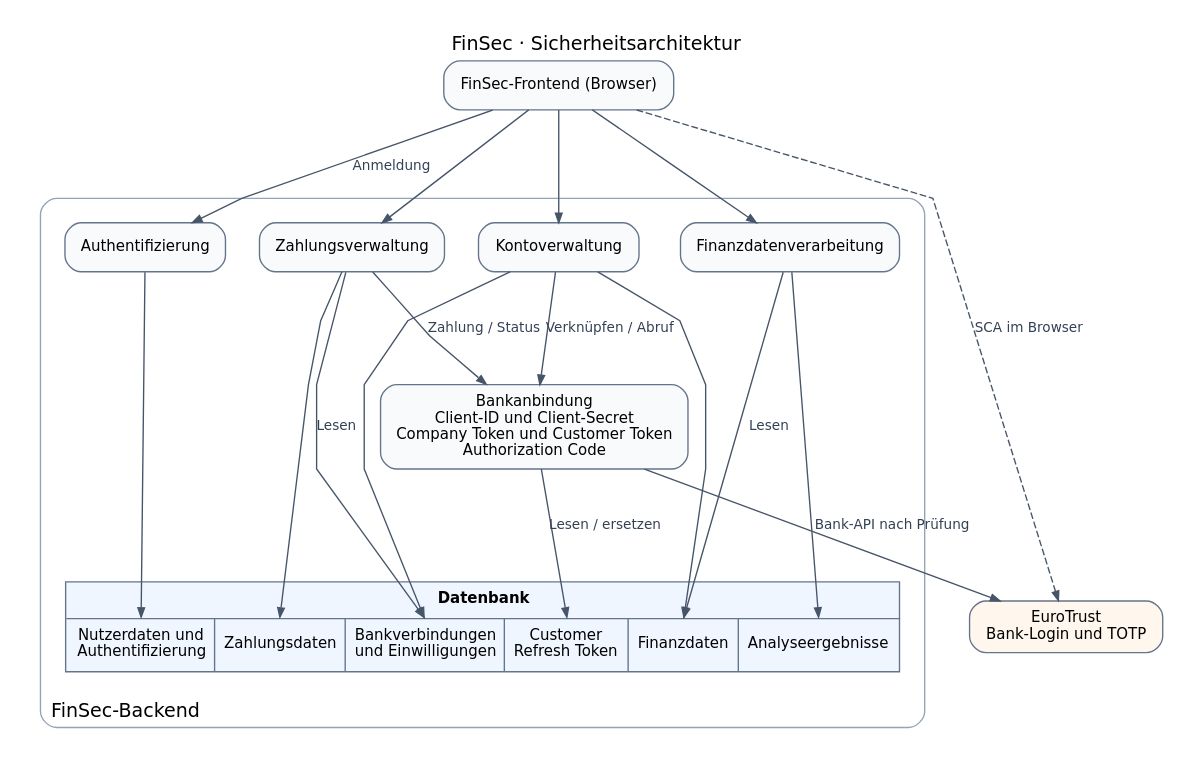
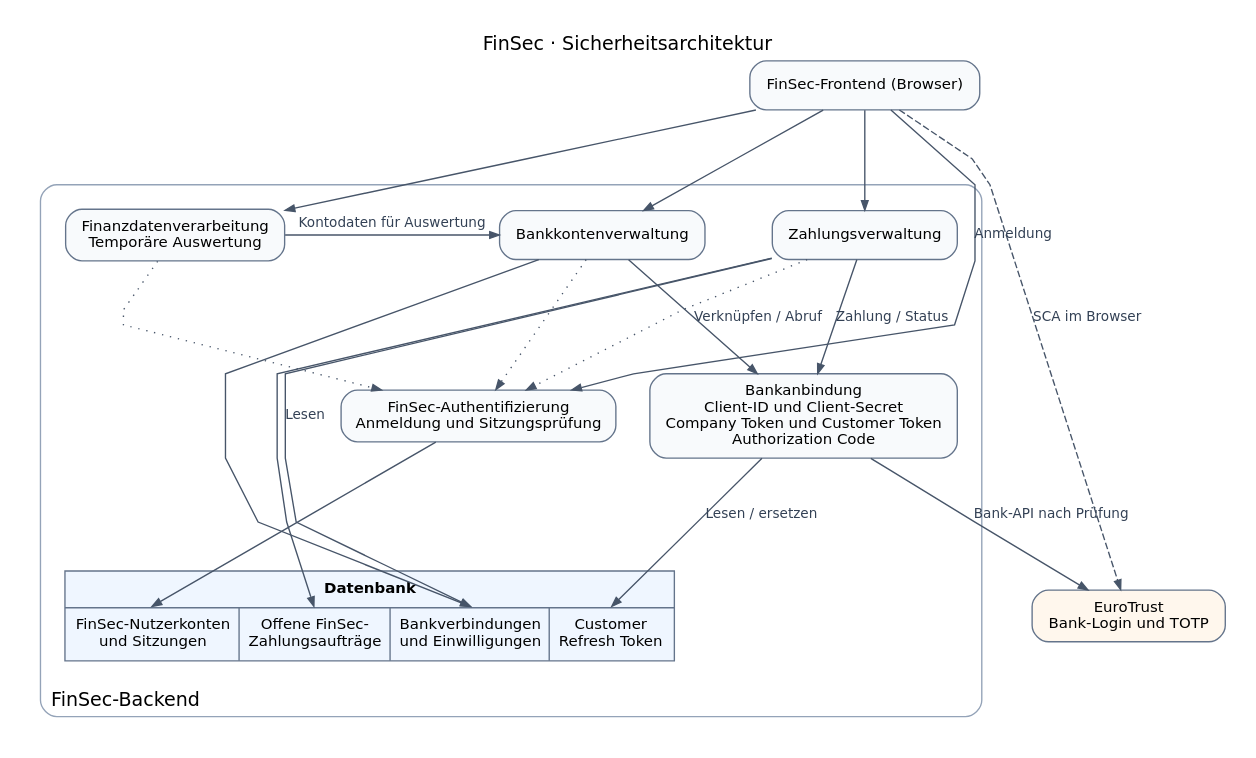
Before and after one commit to niklas9234/sichso_work: the diagram in docs/diagramme/3.1-security-architecture.dot, drawn with Graphviz. The commit also changed 6 other files, not shown here.

```diff
--- a/docs/diagramme/3.1-security-architecture.dot
+++ b/docs/diagramme/3.1-security-architecture.dot
@@ -1,60 +1,61 @@
 digraph Security {
     graph [rankdir=TB, splines=polyline, bgcolor="white", pad=0.2, nodesep=0.35, ranksep=1.0,
            fontname="DejaVu Sans", label="FinSec · Sicherheitsarchitektur", labelloc=t]
     node [shape=box, style="rounded,filled", fillcolor="#f8fafc", color="#64748b",
           fontname="DejaVu Sans", fontsize=11, margin="0.16,0.10"]
     edge [color="#475569", fontcolor="#334155", fontname="DejaVu Sans", fontsize=10, arrowsize=0.7]
 
     frontend [label="FinSec-Frontend (Browser)"]
     bank [label="EuroTrust\nBank-Login und TOTP", fillcolor="#fff7ed"]
 
     subgraph cluster_backend {
         label="FinSec-Backend"
         labelloc=b
         labeljust=l
         color="#94a3b8"
         style=rounded
         margin=18
 
-        auth [label="Authentifizierung"]
-        accounts [label="Kontoverwaltung"]
+        auth [label="FinSec-Authentifizierung\nAnmeldung und Sitzungsprüfung"]
+        accounts [label="Bankkontenverwaltung"]
         payments [label="Zahlungsverwaltung"]
-        analysis [label="Finanzdatenverarbeitung"]
+        analysis [label="Finanzdatenverarbeitung\nTemporäre Auswertung"]
         adapter [label="Bankanbindung\nClient-ID und Client-Secret\nCompany Token und Customer Token\nAuthorization Code"]
 
         database [shape=plain, label=<
             <TABLE BORDER="1" CELLBORDER="0" CELLSPACING="0" CELLPADDING="7" COLOR="#64748b" BGCOLOR="#eff6ff">
-                <TR><TD COLSPAN="6"><B>Datenbank</B></TD></TR>
+                <TR><TD COLSPAN="4"><B>Datenbank</B></TD></TR>
                 <HR/>
                 <TR>
-                    <TD PORT="login">Nutzerdaten und<BR/>Authentifizierung</TD><VR/>
-                    <TD PORT="orders">Zahlungsdaten</TD><VR/>
+                    <TD PORT="login">FinSec-Nutzerkonten<BR/>und Sitzungen</TD><VR/>
+                    <TD PORT="orders">Offene FinSec-<BR/>Zahlungsaufträge</TD><VR/>
                     <TD PORT="consents">Bankverbindungen<BR/>und Einwilligungen</TD><VR/>
-                    <TD PORT="refresh">Customer<BR/>Refresh Token</TD><VR/>
-                    <TD PORT="finance">Finanzdaten</TD><VR/>
-                    <TD PORT="results">Analyseergebnisse</TD>
+                    <TD PORT="refresh">Customer<BR/>Refresh Token</TD>
                 </TR>
             </TABLE>
         >]
 
-        {rank=same; auth; accounts; payments; analysis}
+        {rank=same; accounts; payments; analysis}
+        accounts -> payments [style=invis, weight=10]
+
+        accounts -> auth [style=dotted, constraint=false]
+        payments -> auth [style=dotted, constraint=false]
+        analysis -> auth [style=dotted, constraint=false]
+        analysis -> accounts [label="Kontodaten für Auswertung"]
 
         accounts -> adapter [label="Verknüpfen / Abruf"]
         payments -> adapter [label="Zahlung / Status"]
         adapter -> database:refresh:n [label="Lesen / ersetzen"]
         auth -> database:login:n
         accounts -> database:consents:n
-        accounts -> database:finance:n
         payments -> database:consents:n [label="Lesen"]
         payments -> database:orders:n
-        analysis -> database:finance:n [label="Lesen"]
-        analysis -> database:results:n
     }
 
     frontend -> auth [label="Anmeldung"]
     frontend -> accounts
     frontend -> payments
     frontend -> analysis
     adapter -> bank [label="Bank-API nach Prüfung"]
     frontend -> bank [label="SCA im Browser", style=dashed]
 }
```
